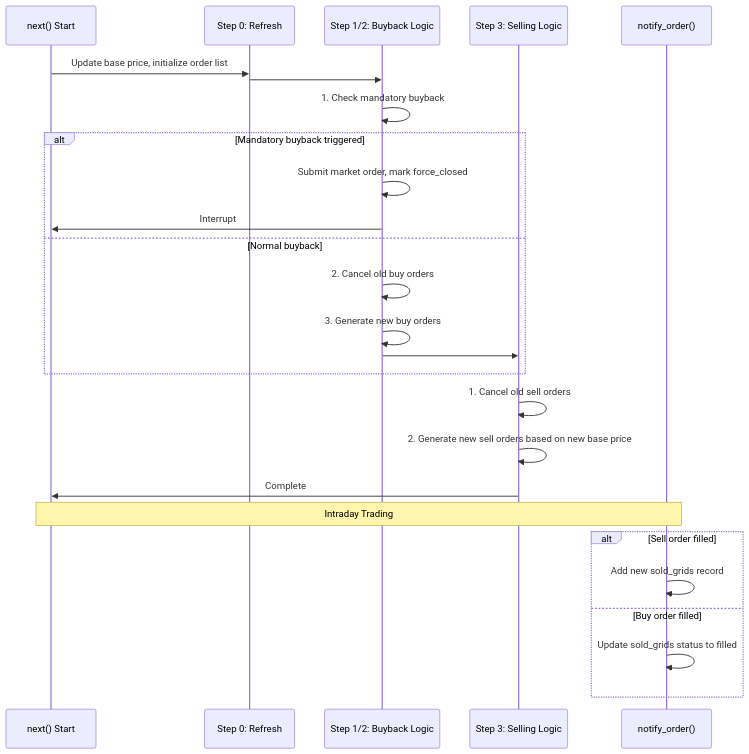
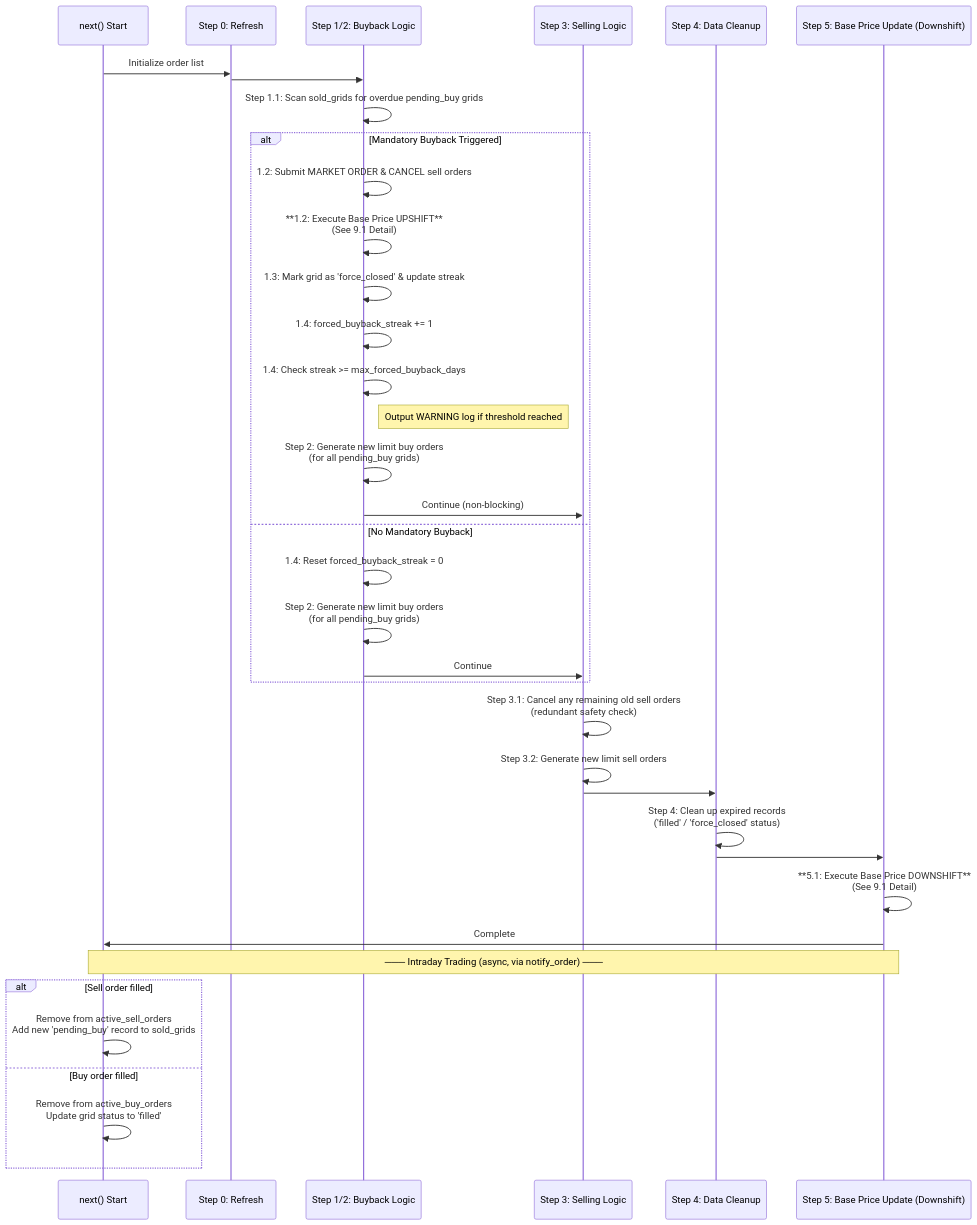
One commit to hhdsyxwei/campsis changed the first of 2 diagrams in docs/strategy-designs/grid-based-bear-chasing-strategy.md. Above: the diagram before and after it, drawn with Mermaid. The commit also changed other lines of this file, not shown here.

First line of the commit message:
feat(strategy): refine base price adjustment mechanism

````diff
--- a/docs/strategy-designs/grid-based-bear-chasing-strategy.md
+++ b/docs/strategy-designs/grid-based-bear-chasing-strategy.md
@@ -256,33 +324,48 @@
 ```mermaid
 sequenceDiagram
     participant Next as next() Start
     participant Refresh as Step 0: Refresh
     participant BuyLogic as Step 1/2: Buyback Logic
     participant SellLogic as Step 3: Selling Logic
-    participant Notify as notify_order()
-    
-    Next->>Refresh: Update base price, initialize order list
+    participant Cleanup as Step 4: Data Cleanup
+    participant BaseUpdate as Step 5: Base Price Update (Downshift)
+
+    Next->>Refresh: Initialize order list
     Refresh->>BuyLogic: 
-    
-    BuyLogic->>BuyLogic: 1. Check mandatory buyback
-    alt Mandatory buyback triggered
-        BuyLogic->>BuyLogic: Submit market order, mark force_closed
-        BuyLogic->>Next: Interrupt
-    else Normal buyback
-        BuyLogic->>BuyLogic: 2. Cancel old buy orders
-        BuyLogic->>BuyLogic: 3. Generate new buy orders
-        BuyLogic->>SellLogic: 
+
+    BuyLogic->>BuyLogic: Step 1.1: Scan sold_grids for overdue pending_buy grids
+
+    alt Mandatory Buyback Triggered
+        BuyLogic->>BuyLogic: 1.2: Submit MARKET ORDER & CANCEL sell orders
+        BuyLogic->>BuyLogic: **1.2: Execute Base Price UPSHIFT**<br>(See 9.1 Detail)
+        BuyLogic->>BuyLogic: 1.3: Mark grid as 'force_closed' & update streak
+        BuyLogic->>BuyLogic: 1.4: forced_buyback_streak += 1
+        BuyLogic->>BuyLogic: 1.4: Check streak >= max_forced_buyback_days
+        Note right of BuyLogic: Output WARNING log if threshold reached
+        BuyLogic->>BuyLogic: Step 2: Generate new limit buy orders<br>(for all pending_buy grids)
+        BuyLogic->>SellLogic: Continue (non-blocking)
+
+    else No Mandatory Buyback
+        BuyLogic->>BuyLogic: 1.4: Reset forced_buyback_streak = 0
+        BuyLogic->>BuyLogic: Step 2: Generate new limit buy orders<br>(for all pending_buy grids)
+        BuyLogic->>SellLogic: Continue
     end
-    
-    SellLogic->>SellLogic: 1. Cancel old sell orders
-    SellLogic->>SellLogic: 2. Generate new sell orders based on new base price
-    SellLogic->>Next: Complete
-    
-    Note over Next,Notify: Intraday Trading
-    
+
+    SellLogic->>SellLogic: Step 3.1: Cancel any remaining old sell orders<br>(redundant safety check)
+    SellLogic->>SellLogic: Step 3.2: Generate new limit sell orders
+    SellLogic->>Cleanup: 
+
+    Cleanup->>Cleanup: Step 4: Clean up expired records<br>('filled' / 'force_closed' status)
+    Cleanup->>BaseUpdate: 
+
+    BaseUpdate->>BaseUpdate: **5.1: Execute Base Price DOWNSHIFT**<br>(See 9.1 Detail)
+    BaseUpdate->>Next: Complete
+
+    Note over Next,BaseUpdate: ─── Intraday Trading (async, via notify_order) ───
+
     alt Sell order filled
-        Notify->>Notify: Add new sold_grids record
+        Next->>Next: Remove from active_sell_orders<br>Add new 'pending_buy' record to sold_grids
     else Buy order filled
-        Notify->>Notify: Update sold_grids status to filled
+        Next->>Next: Remove from active_buy_orders<br>Update grid status to 'filled'
     end
 ```
````
